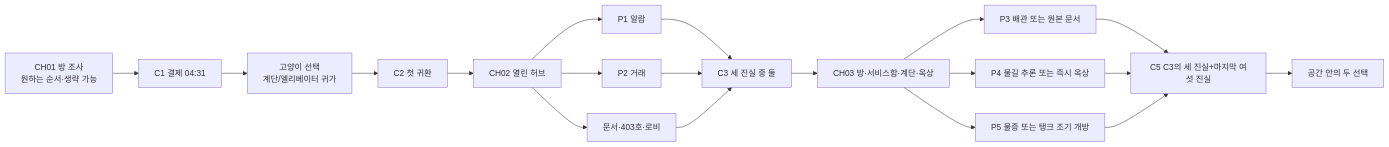
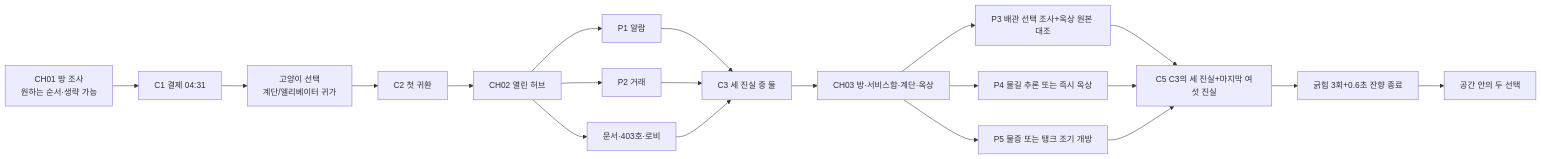
The diagram in Docs/STORY_BIBLE_REBIRTH.md (easygap/Indie-Game), drawn with Mermaid before and after one commit. The commit also changed other lines of this file and 65 other files, not shown here.

````diff
--- a/Docs/STORY_BIBLE_REBIRTH.md
+++ b/Docs/STORY_BIBLE_REBIRTH.md
@@ -978,21 +1089,22 @@
 ```mermaid
 flowchart LR
     A["CH01 방 조사<br/>원하는 순서·생략 가능"] --> C1["C1 결제 04:31"]
     C1 --> B["고양이 선택<br/>계단/엘리베이터 귀가"]
     B --> C2["C2 첫 귀환"]
     C2 --> H2["CH02 열린 허브"]
     H2 --> P1["P1 알람"]
     H2 --> P2["P2 거래"]
     H2 --> D2["문서·403호·로비"]
     P1 --> C3["C3 세 진실 중 둘"]
     P2 --> C3
     D2 --> C3
     C3 --> H3["CH03 방·서비스함·계단·옥상"]
-    H3 --> P3["P3 배관 또는 원본 문서"]
+    H3 --> P3["P3 배관 선택 조사+옥상 원본 대조"]
     H3 --> P4["P4 물길 추론 또는 즉시 옥상"]
     H3 --> P5["P5 물증 또는 탱크 조기 개방"]
     P3 --> C5["C5 C3의 세 진실+마지막 여섯 진실"]
     P4 --> C5
     P5 --> C5
-    C5 --> E["공간 안의 두 선택"]
+    C5 --> S["긁힘 3회+0.6초 잔향 종료"]
+    S --> E["공간 안의 두 선택"]
 ```
````
